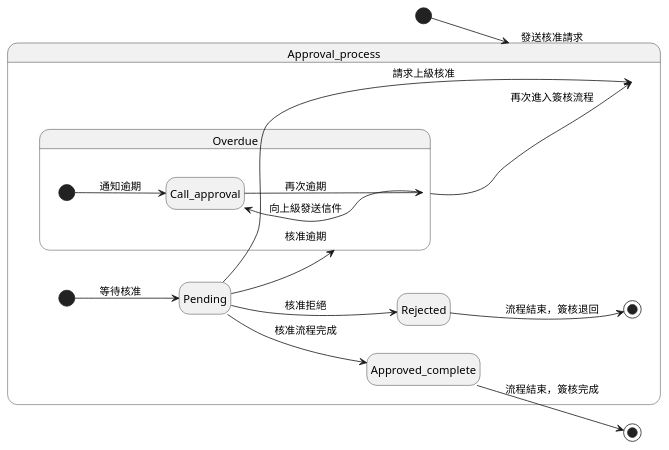
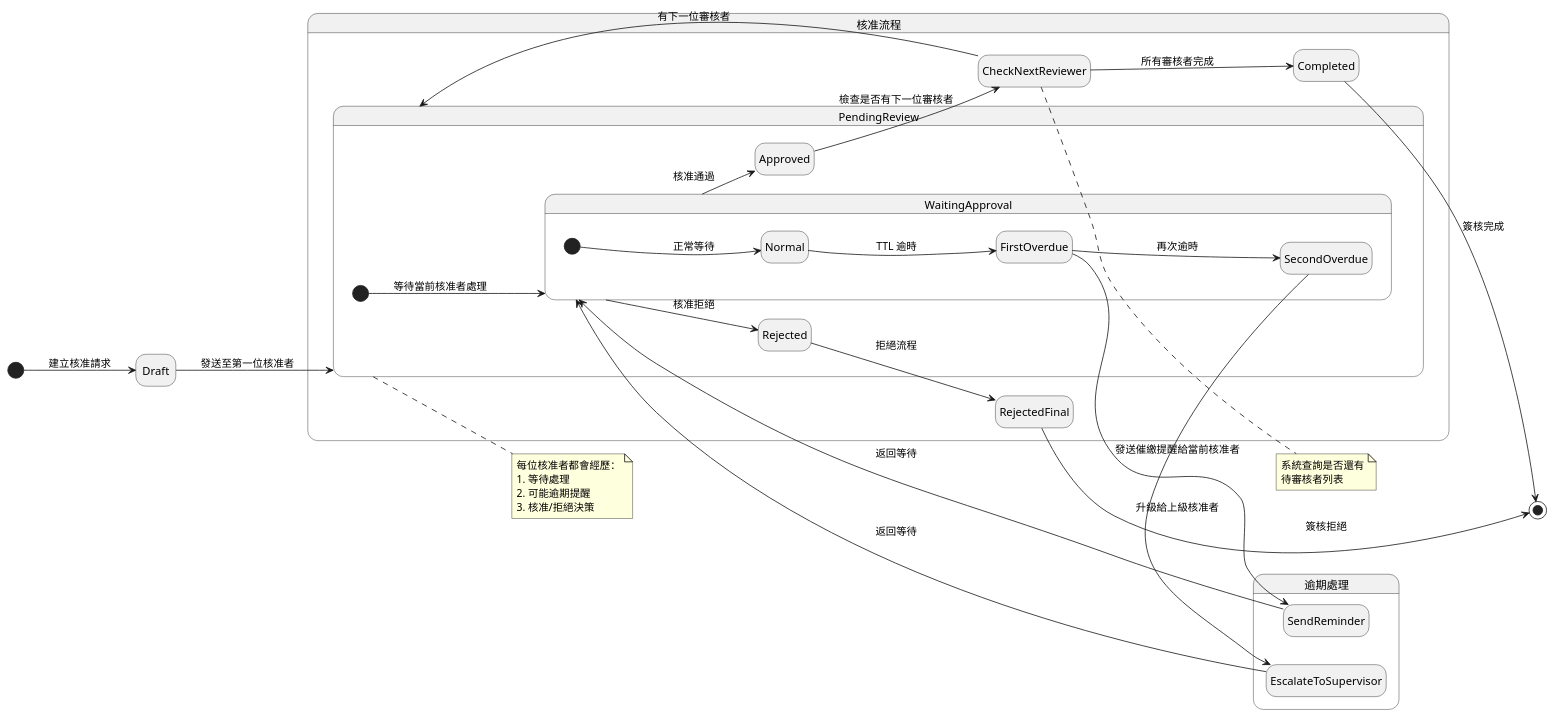
One commit to walle45611/NTUB_SecuManag_Diagram changed the diagram in plantUML/state/approval.puml. Above: the diagram before and after it, drawn with PlantUML. The commit also changed 12 other files, not shown here.

First line of the commit message:
refactor: modify update ch07 diagram (#75)

```diff
--- a/plantUML/state/approval.puml
+++ b/plantUML/state/approval.puml
@@ -1,22 +1,56 @@
 @startuml
 
 left to right direction
 hide empty description
 
-[*] --> Approval_process: 發送核准請求
-state Approval_process{
-  [*] --> Pending: 等待核准
-  Pending --> Approval_process: 請求上級核准
-  Pending --> Rejected: 核准拒絕
-  Pending --> Approved_complete: 核准流程完成
-  Pending --> Overdue: 核准逾期
-  Rejected --> [*]: 流程結束，簽核退回
+[*] --> Draft: 建立核准請求
+
+state "核准流程" as ApprovalFlow {
+  Draft --> PendingReview: 發送至第一位核准者
+
+  state PendingReview {
+    [*] --> WaitingApproval: 等待當前核准者處理
+
+    state WaitingApproval {
+      [*] --> Normal: 正常等待
+      Normal --> FirstOverdue: TTL 逾時
+      FirstOverdue --> SecondOverdue: 再次逾時
+    }
+
+    WaitingApproval --> Approved: 核准通過
+    WaitingApproval --> Rejected: 核准拒絕
+  }
+
+  Approved --> CheckNextReviewer: 檢查是否有下一位審核者
+
+  state CheckNextReviewer <<choice>>
+  CheckNextReviewer --> PendingReview: 有下一位審核者
+  CheckNextReviewer --> Completed: 所有審核者完成
+
+  Rejected --> RejectedFinal: 拒絕流程
 }
-state Overdue{
-  [*] --> Call_approval: 通知逾期
-  Call_approval--> Overdue: 再次逾期
-  Overdue --> Call_approval: 向上級發送信件
-  Overdue --> Approval_process: 再次進入簽核流程
+
+state "逾期處理" as OverdueHandling {
+  FirstOverdue --> SendReminder: 發送催繳提醒給當前核准者
+  SendReminder --> WaitingApproval: 返回等待
+
+  SecondOverdue --> EscalateToSupervisor: 升級給上級核准者
+  EscalateToSupervisor --> WaitingApproval: 返回等待
 }
-Approved_complete --> [*]: 流程結束，簽核完成
+
+Completed --> [*]: 簽核完成
+RejectedFinal --> [*]: 簽核拒絕
+
+note right of PendingReview
+  每位核准者都會經歷：
+  1. 等待處理
+  2. 可能逾期提醒
+  3. 核准/拒絕決策
+end note
+
+note right of CheckNextReviewer
+  系統查詢是否還有
+  待審核者列表
+end note
+
 @enduml
```
